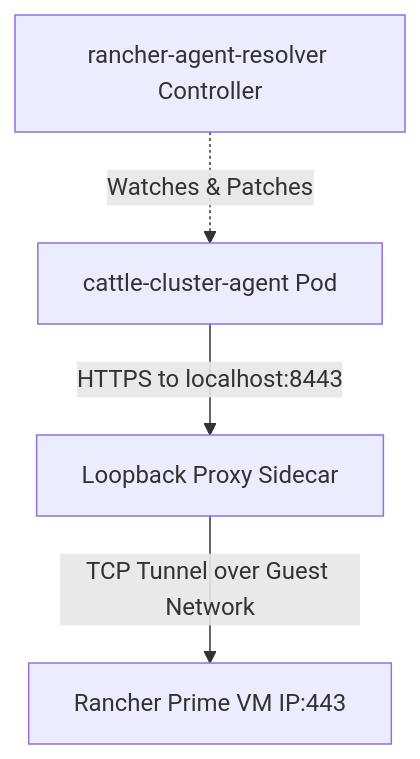
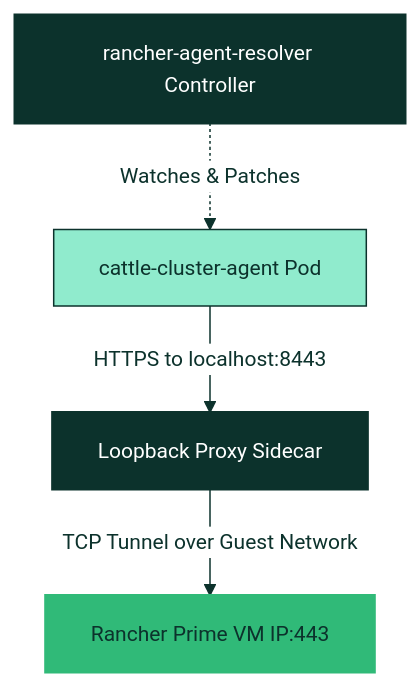
Before and after one commit to coulof/k3k-kube-ovn: the diagram in docs/localhost-dns-routing-fix.md, drawn with Mermaid. The commit also changed 2 other files, not shown here.

Commit message:
style(docs): apply SUSE corporate branding to all Mermaid diagrams

````diff
--- a/docs/localhost-dns-routing-fix.md
+++ b/docs/localhost-dns-routing-fix.md
@@ -25,6 +25,29 @@
 ```mermaid
+%%{init: {
+  'theme': 'base',
+  'themeVariables': {
+    'fontFamily': 'SUSE, sans-serif',
+    'fontSize': '14px',
+    'primaryColor': '#30ba78',
+    'primaryTextColor': '#0c322c',
+    'primaryBorderColor': '#30ba78',
+    'lineColor': '#0c322c',
+    'secondaryColor': '#0c322c',
+    'tertiaryColor': '#90ebcd',
+    'mainBkg': '#ffffff',
+    'nodeBorder': '#0c322c',
+    'clusterBkg': '#efefef',
+    'clusterBorder': '#90ebcd',
+    'titleColor': '#0c322c',
+    'edgeLabelBackground':'#ffffff'
+  }
+} }%%
 graph TD
-    Pod[cattle-cluster-agent Pod] -->|HTTPS to localhost:8443| Proxy[Loopback Proxy Sidecar]
-    Proxy -->|TCP Tunnel over Guest Network| RM[Rancher Prime VM IP:443]
-    Ctrl[rancher-agent-resolver Controller] -.->|Watches & Patches| Pod
+    Pod[cattle-cluster-agent Pod]:::mint -->|HTTPS to localhost:8443| Proxy[Loopback Proxy Sidecar]:::pine
+    Proxy -->|TCP Tunnel over Guest Network| RM[Rancher Prime VM IP:443]:::jungle
+    Ctrl[rancher-agent-resolver Controller]:::pine -.->|Watches & Patches| Pod
+
+    classDef pine fill:#0c322c,stroke:#0c322c,color:#ffffff,stroke-width:2px;
+    classDef jungle fill:#30ba78,stroke:#30ba78,color:#0c322c,stroke-width:2px;
+    classDef mint fill:#90ebcd,stroke:#0c322c,color:#0c322c,stroke-width:1px;
 ```
````
